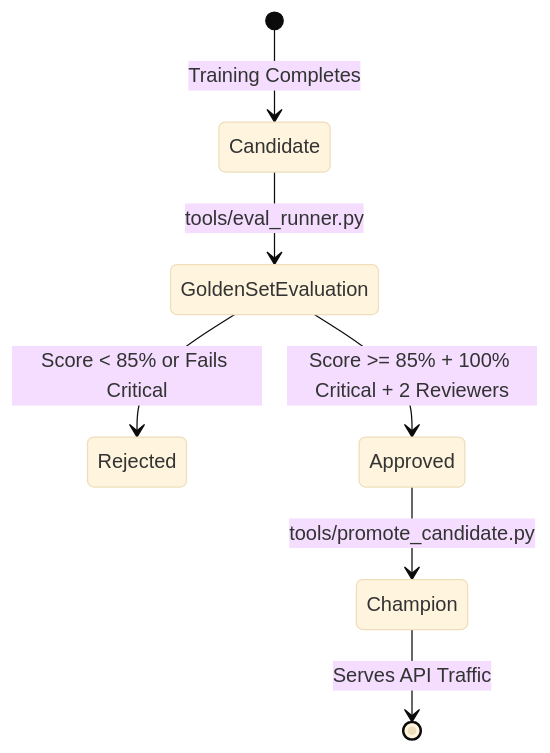
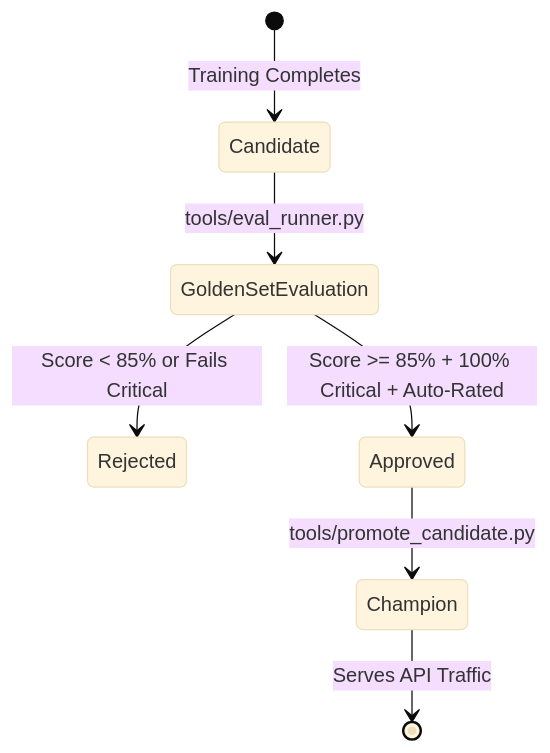
Before and after one commit to pranav-labhe/Chit: the third of 4 diagrams in docs/PROJECT_INDEX.md, drawn with Mermaid (base theme). The commit also changed other lines of this file and 9 other files, not shown here.

First line of the commit message:
Automate Golden Set evaluation

````diff
--- a/docs/PROJECT_INDEX.md
+++ b/docs/PROJECT_INDEX.md
@@ -173,11 +173,11 @@
 ```mermaid
 stateDiagram-v2
     [*] --> Candidate: Training Completes
     Candidate --> GoldenSetEvaluation: tools/eval_runner.py
     
     GoldenSetEvaluation --> Rejected: Score < 85% or Fails Critical
-    GoldenSetEvaluation --> Approved: Score >= 85% + 100% Critical + 2 Reviewers
+    GoldenSetEvaluation --> Approved: Score >= 85% + 100% Critical + Auto-Rated
     
     Approved --> Champion: tools/promote_candidate.py
     Champion --> [*]: Serves API Traffic
 ```
````
